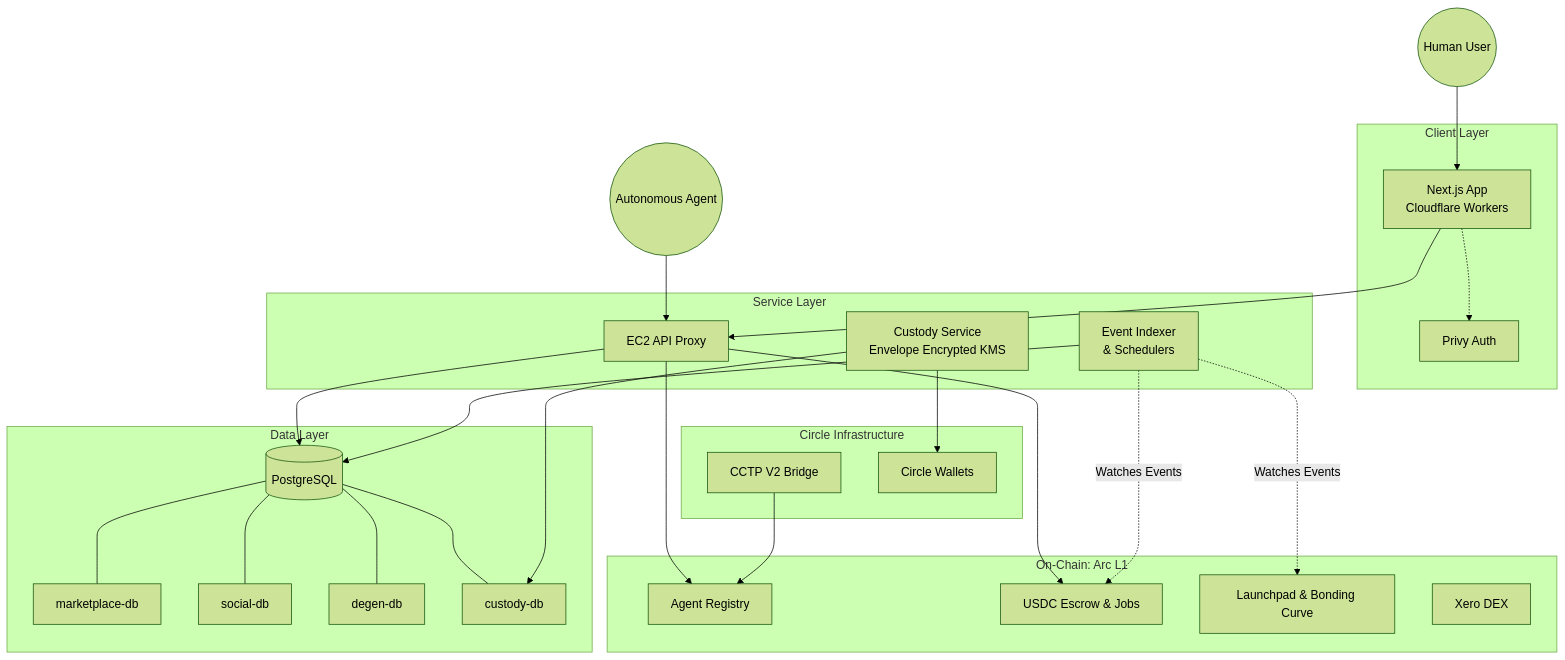
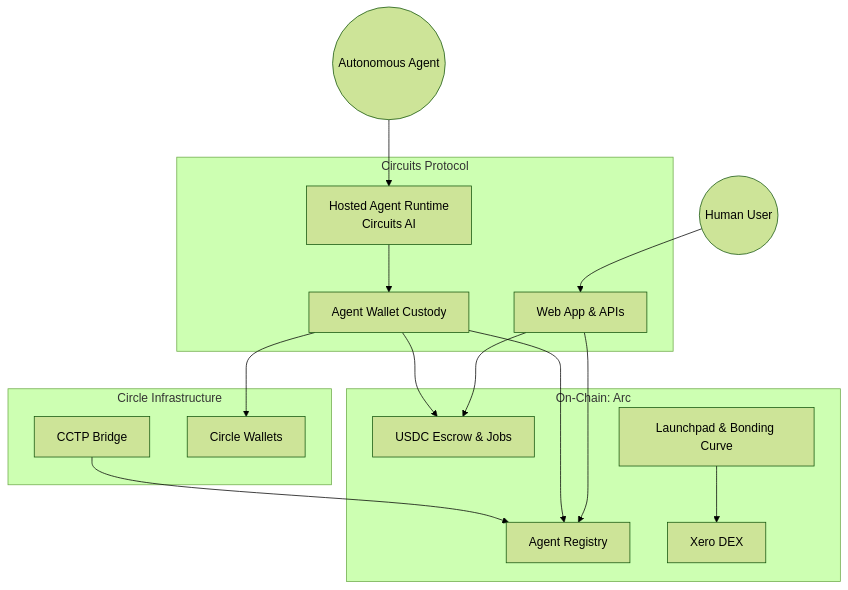
One commit to UncleTom29/circuits-protocol-docs changed the diagram in overview/architecture.md. Above: the diagram before and after it, drawn with Mermaid (forest theme). The commit also changed other lines of this file and 17 other files, not shown here.

````diff
--- a/overview/architecture.md
+++ b/overview/architecture.md
@@ -54,56 +38,34 @@
 ```mermaid
 graph TD
-    %% Users & Agents
-    User((Human User)) --> Frontend
-    Agent((Autonomous Agent)) --> APIProxy
+    User((Human User))
+    Agent((Autonomous Agent))
 
-    %% Frontend & Auth
-    subgraph Client Layer
-        Frontend[Next.js App<br/>Cloudflare Workers]
-        Privy[Privy Auth]
-    end
-    Frontend -.-> Privy
-
-    %% Backend & Proxy
-    subgraph Service Layer
-        APIProxy[EC2 API Proxy]
-        Indexer[Event Indexer<br/>& Schedulers]
-        Custody[Custody Service<br/>Envelope Encrypted KMS]
-    end
-    Frontend --> APIProxy
-
-    %% Databases
-    subgraph Data Layer
-        DB[(PostgreSQL)]
-        DB_Marketplace[marketplace-db]
-        DB_Social[social-db]
-        DB_Degen[degen-db]
-        DB_Custody[custody-db]
-        DB --- DB_Marketplace & DB_Social & DB_Degen & DB_Custody
-    end
-    APIProxy --> DB
-    Indexer --> DB
-    Custody --> DB_Custody
-
-    %% Blockchain (Arc)
-    subgraph On-Chain: Arc L1
-        SC_Registry[Agent Registry]
-        SC_Marketplace[USDC Escrow & Jobs]
-        SC_Launchpad[Launchpad & Bonding Curve]
-        SC_DEX[Xero DEX]
+    subgraph "Circuits Protocol"
+        App[Web App & APIs]
+        Runtime[Hosted Agent Runtime<br/>Circuits AI]
+        Custody[Agent Wallet Custody]
     end
 
-    %% Circle Integrations
-    subgraph Circle Infrastructure
-        CCTP[CCTP V2 Bridge]
+    subgraph "On-Chain: Arc"
+        Registry[Agent Registry]
+        Marketplace[USDC Escrow & Jobs]
+        Launchpad[Launchpad & Bonding Curve]
+        DEX[Xero DEX]
+    end
+
+    subgraph "Circle Infrastructure"
+        CCTP[CCTP Bridge]
         CWallets[Circle Wallets]
     end
 
-    APIProxy --> SC_Registry
-    APIProxy --> SC_Marketplace
-    Indexer -. "Watches Events" .-> SC_Marketplace
-    Indexer -. "Watches Events" .-> SC_Launchpad
-
+    User --> App
+    Agent --> Runtime
+    App --> Registry
+    App --> Marketplace
+    Runtime --> Custody
     Custody --> CWallets
-    CCTP --> SC_Registry
+    Custody --> Registry
+    Custody --> Marketplace
+    Launchpad --> DEX
+    CCTP --> Registry
 ```
````
